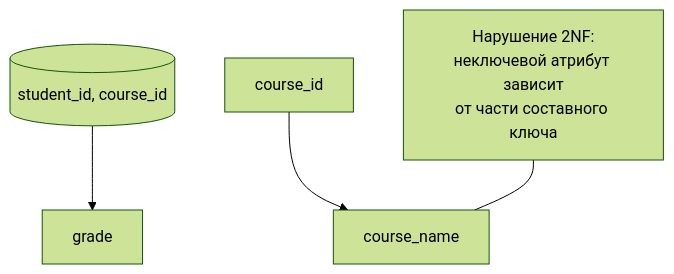
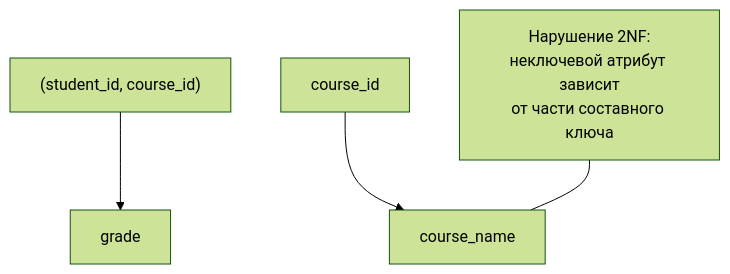
The fourth of 8 diagrams in directions/cs_fundamentals/db/pact/01_teoriya_i_modeli_dannyh/02_2_normalizatsiya.md (DDoSKudya/ai-study-atlas), drawn with Mermaid (forest theme) before and after one commit. The commit also changed other lines of this file and 322 other files, not shown here.

Commit message:
fix(docs): make mermaid diagrams GitHub-compatible across directions content

````diff
--- a/directions/cs_fundamentals/db/pact/01_teoriya_i_modeli_dannyh/02_2_normalizatsiya.md
+++ b/directions/cs_fundamentals/db/pact/01_teoriya_i_modeli_dannyh/02_2_normalizatsiya.md
@@ -187,6 +187,6 @@
 ```mermaid
 flowchart TB
-  Key[(student_id, course_id)] --> Grade[grade]
-  Course[course_id] --> CName[course_name]
-  Note1[Нарушение 2NF:\nнеключевой атрибут зависит\nот части составного ключа] --- CName
+  Key["(student_id, course_id)"] --> Grade["grade"]
+  Course["course_id"] --> CName["course_name"]
+  Note1["Нарушение 2NF:\nнеключевой атрибут зависит\nот части составного ключа"] --- CName
 ```
````
